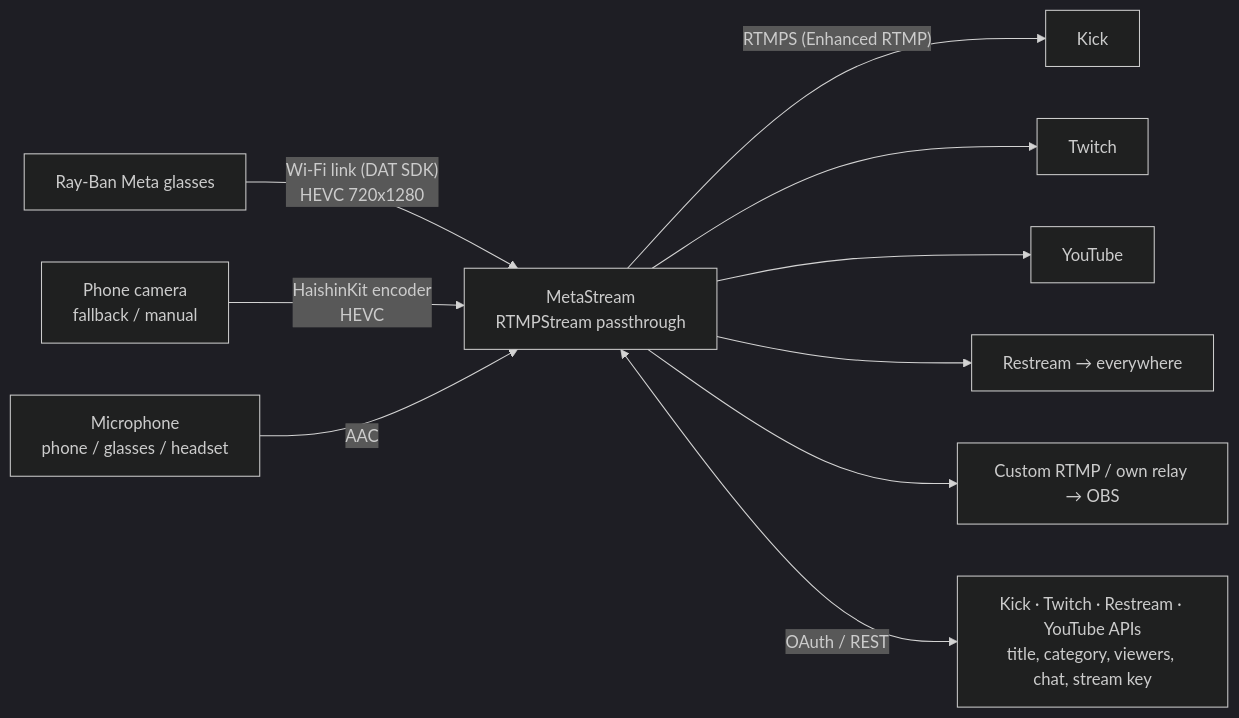
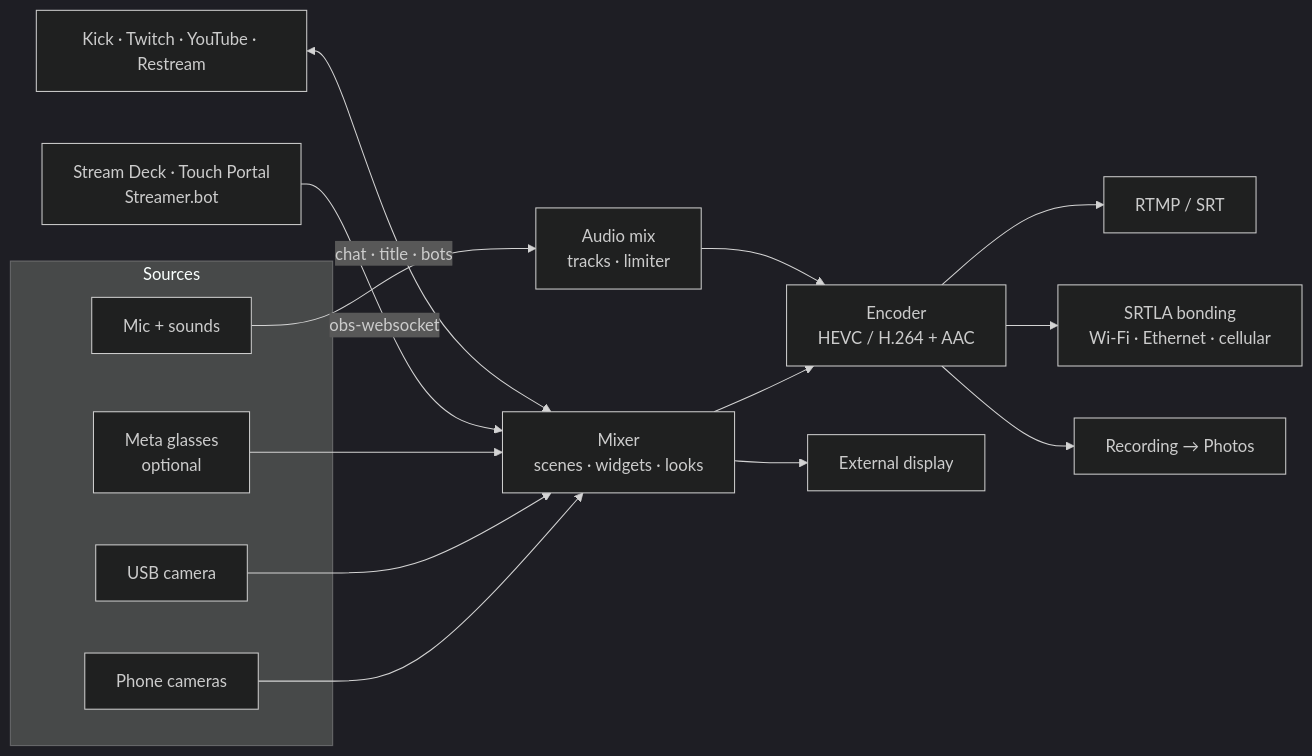
One commit to saeedkolivand/meta-stream changed the diagram in README.md. Above: the diagram before and after it, drawn with Mermaid (dark theme). The commit also changed other lines of this file and 8 other files, not shown here.

Commit message:
Glasses become opt-in (Settings > Meta glasses hides every glasses control when off); README rewritten around the IRL studio

````diff
--- a/README.md
+++ b/README.md
@@ -84,12 +102,18 @@
 ```mermaid
 flowchart LR
-  G[Ray-Ban Meta glasses] -- "Wi-Fi link (DAT SDK)<br/>HEVC 720x1280" --> A
-  P[Phone camera<br/>fallback / manual] -- "HaishinKit encoder<br/>HEVC" --> A
-  M[Microphone<br/>phone / glasses / headset] -- AAC --> A
-  A[MetaStream<br/>RTMPStream passthrough] -- "RTMPS (Enhanced RTMP)" --> K[Kick]
-  A --> T[Twitch]
-  A --> Y[YouTube]
-  A --> R[Restream → everywhere]
-  A --> C[Custom RTMP / own relay → OBS]
-  A <-- "OAuth / REST" --> APIs[Kick · Twitch · Restream · YouTube APIs<br/>title, category, viewers, chat, stream key]
+  subgraph Sources
+    P[Phone cameras]
+    U[USB camera]
+    G[Meta glasses<br/>optional]
+    M[Mic + sounds]
+  end
+  P & U & G --> X[Mixer<br/>scenes · widgets · looks]
+  M --> AM[Audio mix<br/>tracks · limiter]
+  X & AM --> E[Encoder<br/>HEVC / H.264 + AAC]
+  E --> O[RTMP / SRT]
+  E --> B[SRTLA bonding<br/>Wi-Fi · Ethernet · cellular]
+  E --> R[Recording → Photos]
+  X --> D[External display]
+  SD[Stream Deck · Touch Portal<br/>Streamer.bot] -- obs-websocket --> X
+  API[Kick · Twitch · YouTube · Restream] <-- chat · title · bots --> X
 ```
````
